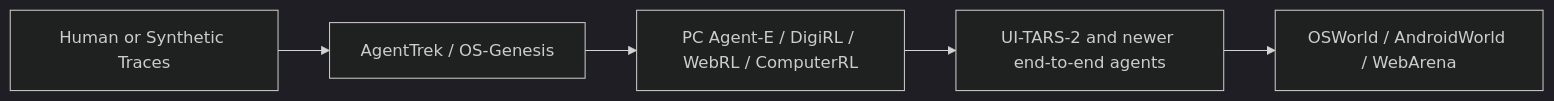
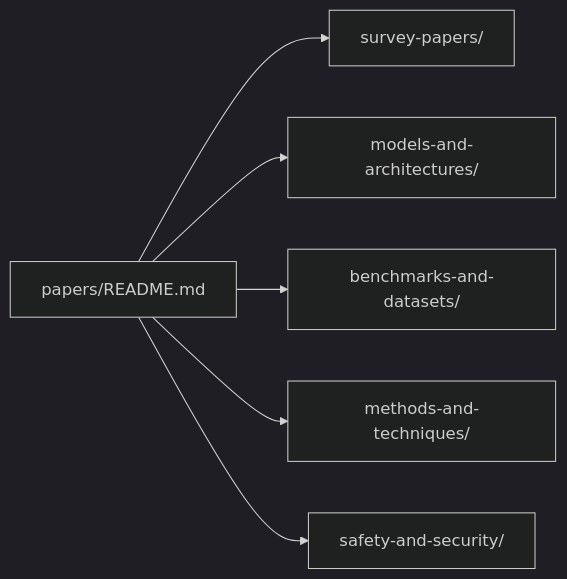
Before and after one commit to wjhou/awesome-computer-use-agents: the diagram in reports/link-audit/per-paper-report.md, drawn with Mermaid (dark theme). The commit also changed other lines of this file and 65 other files, not shown here.

````diff
--- a/reports/link-audit/per-paper-report.md
+++ b/reports/link-audit/per-paper-report.md
@@ -1614,7 +12,8 @@
 ```mermaid
 flowchart LR
-  Demos[Human or Synthetic Traces] --> Synthesis[AgentTrek / OS-Genesis]
-  Synthesis --> Training[PC Agent-E / DigiRL / WebRL / ComputerRL]
-  Training --> BetterAgents[UI-TARS-2 and newer end-to-end agents]
-  BetterAgents --> Benchmarks[OSWorld / AndroidWorld / WebArena]
+  Index[papers/README.md] --> Surveys[survey-papers/]
+  Index --> Models[models-and-architectures/]
+  Index --> Benchmarks[benchmarks-and-datasets/]
+  Index --> Methods[methods-and-techniques/]
+  Index --> Safety[safety-and-security/]
 ```
````
